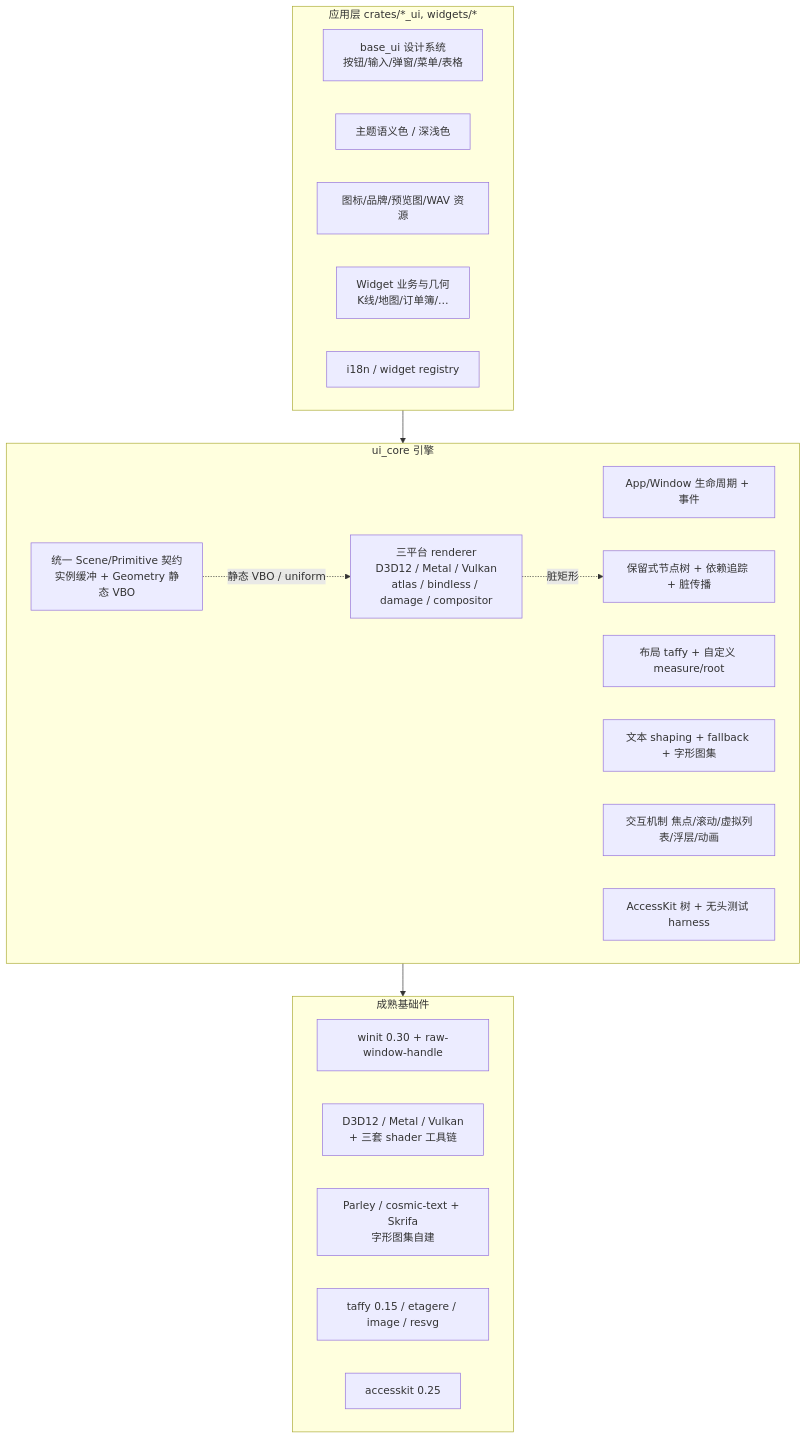
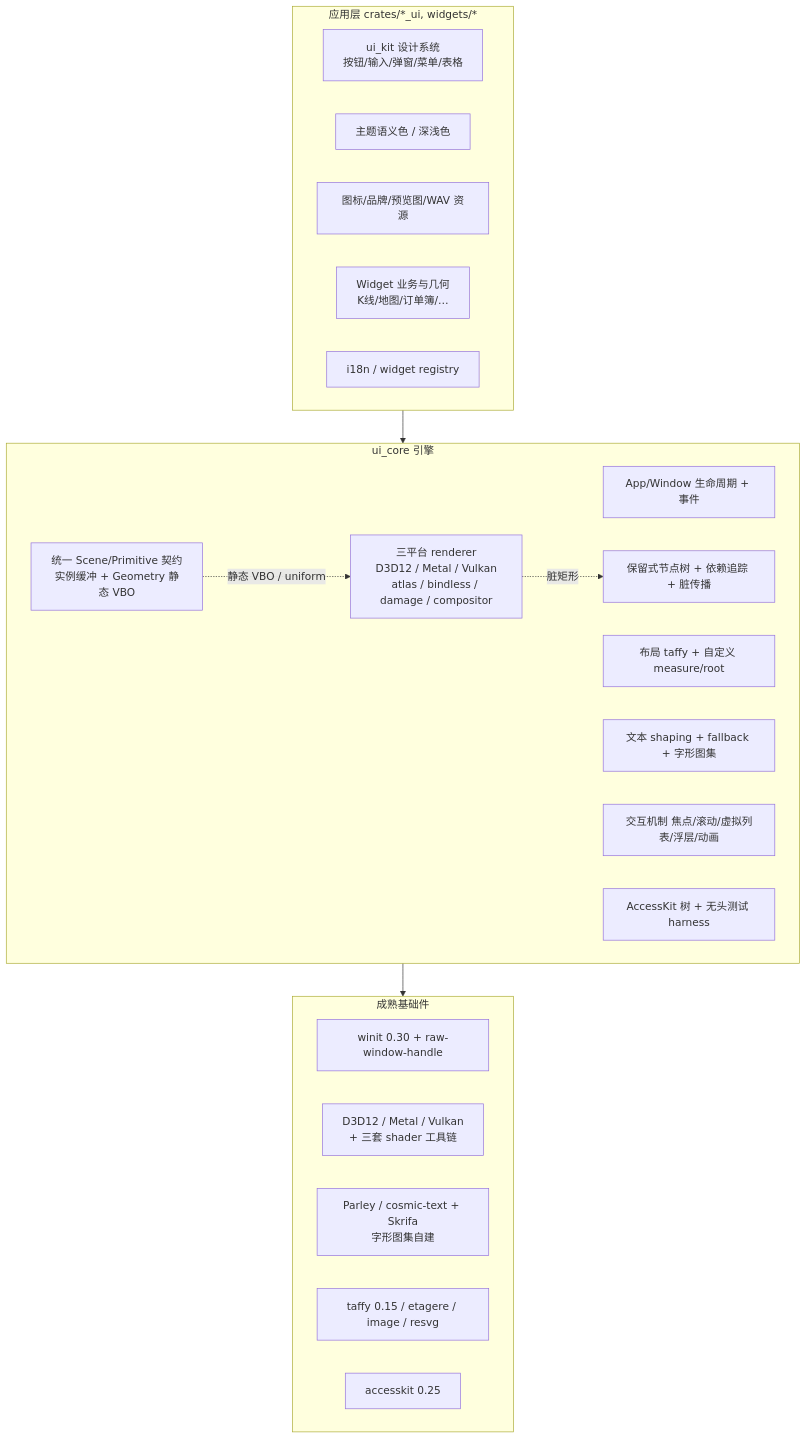
Before and after one commit to kytrix-industries/kytrix: the second of 3 diagrams in crates/ui_core/design/custom-gui-engine-technical-research.md, drawn with Mermaid. The commit also changed other lines of this file and 306 other files, not shown here.

First line of the commit message:
refactor(ui_kit): base_ui 更名 ui_kit（目录、crate 名与全部引用）

````diff
--- a/crates/ui_core/design/custom-gui-engine-technical-research.md
+++ b/crates/ui_core/design/custom-gui-engine-technical-research.md
@@ -582,30 +582,30 @@
 ```mermaid
 flowchart TB
 subgraph APP[应用层 crates/*_ui, widgets/*]
-A1[base_ui 设计系统<br/>按钮/输入/弹窗/菜单/表格]
+A1[ui_kit 设计系统<br/>按钮/输入/弹窗/菜单/表格]
 A2[主题语义色 / 深浅色]
 A3[图标/品牌/预览图/WAV 资源]
 A4[Widget 业务与几何<br/>K线/地图/订单簿/…]
 A5[i18n / widget registry]
 end
 subgraph ENG[ui_core 引擎]
 E1[App/Window 生命周期 + 事件]
 E2[保留式节点树 + 依赖追踪 + 脏传播]
 E3[布局 taffy + 自定义 measure/root]
 E4[文本 shaping + fallback + 字形图集]
 E5[统一 Scene/Primitive 契约<br/>实例缓冲 + Geometry 静态 VBO]
 E6[三平台 renderer<br/>D3D12 / Metal / Vulkan<br/>atlas / bindless / damage / compositor]
 E7[交互机制 焦点/滚动/虚拟列表/浮层/动画]
 E8[AccessKit 树 + 无头测试 harness]
 end
 subgraph BASE[成熟基础件]
 B1[winit 0.30 + raw-window-handle]
 B2[D3D12 / Metal / Vulkan<br/>+ 三套 shader 工具链]
 B3[Parley / cosmic-text + Skrifa<br/>字形图集自建]
 B4[taffy 0.15 / etagere / image / resvg]
 B5[accesskit 0.25]
 end
 APP --> ENG --> BASE
 E5 -. 静态 VBO / uniform .-> E6
 E6 -. 脏矩形 .-> E2
 ```
````
